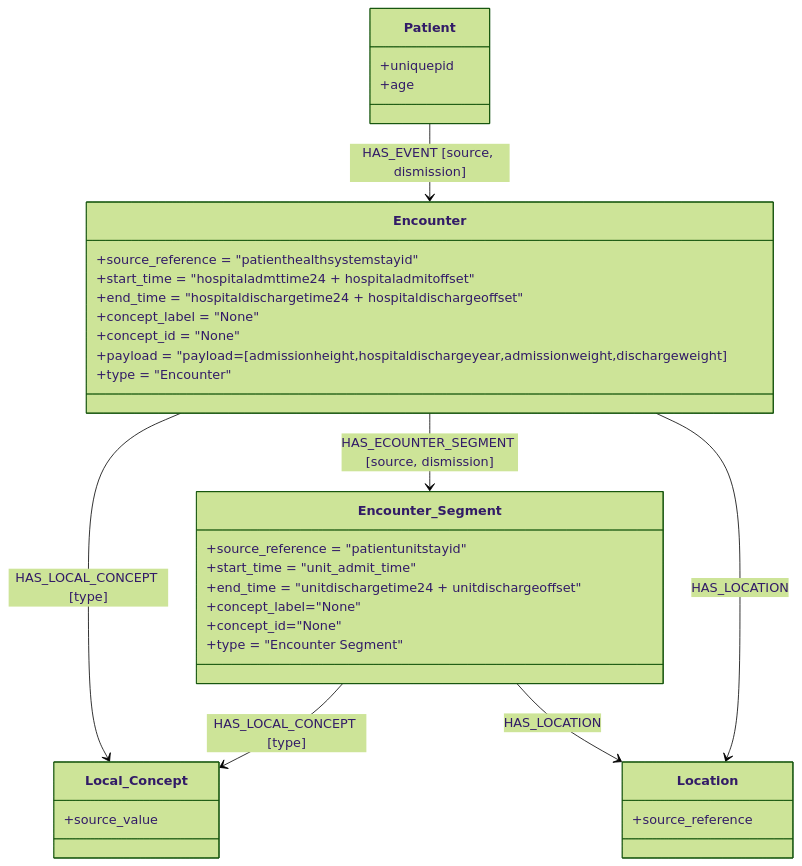
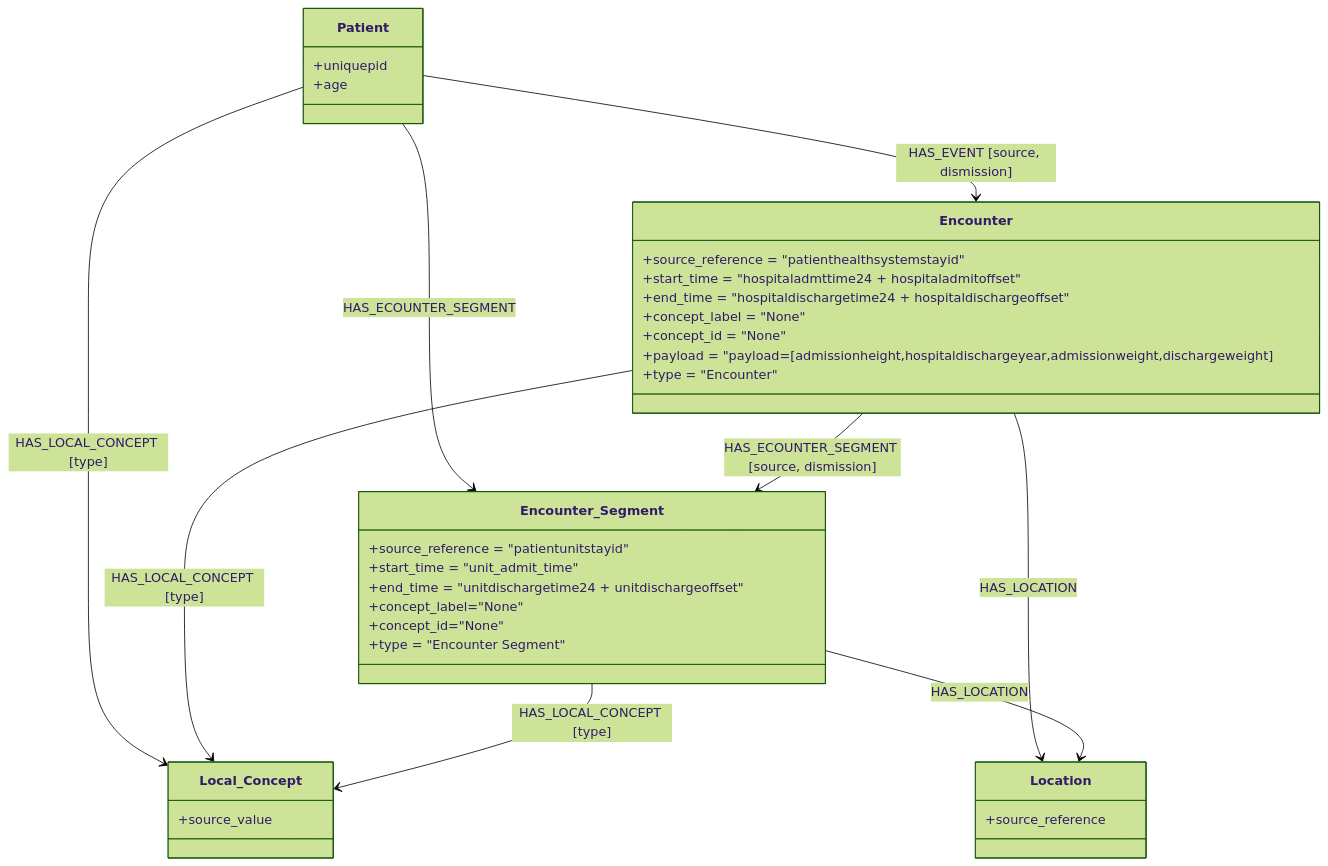
Before and after one commit to BecksFedeUniPr/eICU_mapping: the diagram in README.md, drawn with Mermaid (forest theme). The commit also changed 2 other files, not shown here.

````diff
--- a/README.md
+++ b/README.md
@@ -27,45 +27,46 @@
 ```mermaid
 classDiagram
     
     class Patient {
         +uniquepid
         +age
     }
 
     class Local_Concept {
         +source_value
     }
 
     class Encounter {
         +source_reference = "patienthealthsystemstayid"
         +start_time = "hospitaladmttime24 + hospitaladmitoffset"
         +end_time = "hospitaldischargetime24 + hospitaldischargeoffset"
         +concept_label = "None"
         +concept_id = "None"
         +payload = "payload=[admissionheight,hospitaldischargeyear,admissionweight,dischargeweight]
         +type = "Encounter"
     }
 
     class Encounter_Segment {
         +source_reference = "patientunitstayid"
         +start_time = "unit_admit_time"
         +end_time = "unitdischargetime24 + unitdischargeoffset"
         +concept_label="None"
         +concept_id="None"
         +type = "Encounter Segment"
     }
 
     class Location {
         +source_reference
     }
 
+    Patient --> Local_Concept: HAS_LOCAL_CONCEPT [type]
+    Patient --> Encounter_Segment: HAS_ECOUNTER_SEGMENT
     Encounter --> Local_Concept : HAS_LOCAL_CONCEPT [type]
-
     Encounter_Segment --> Local_Concept : HAS_LOCAL_CONCEPT [type]
     
     Patient --> Encounter : HAS_EVENT [source, dismission]
     Encounter --> Encounter_Segment : HAS_ECOUNTER_SEGMENT [source, dismission]
     
     Encounter --> Location : HAS_LOCATION
     Encounter_Segment --> Location : HAS_LOCATION
 ```
````
